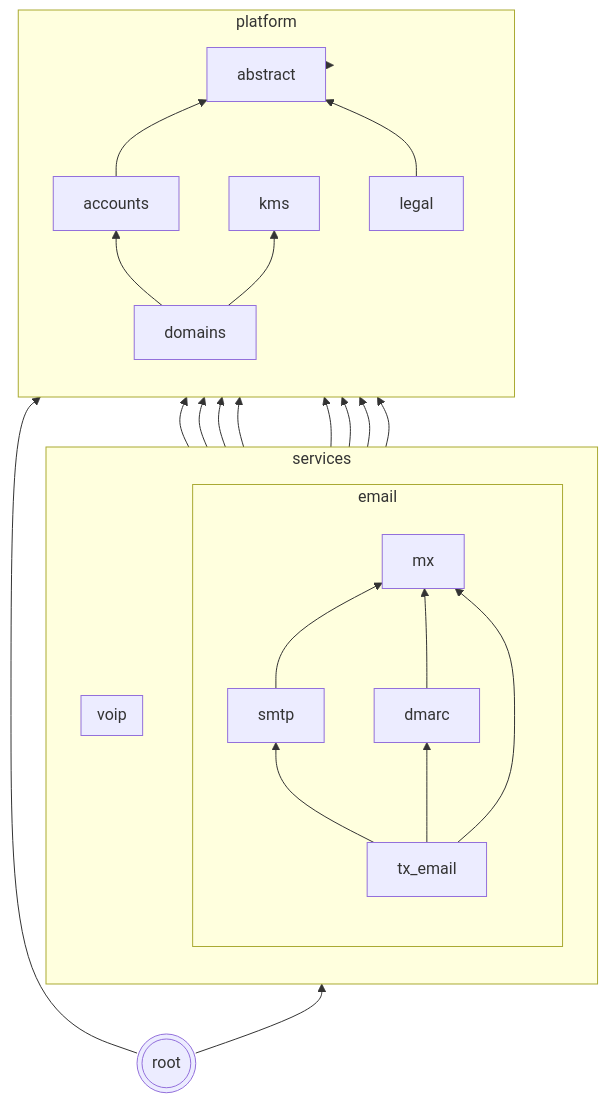
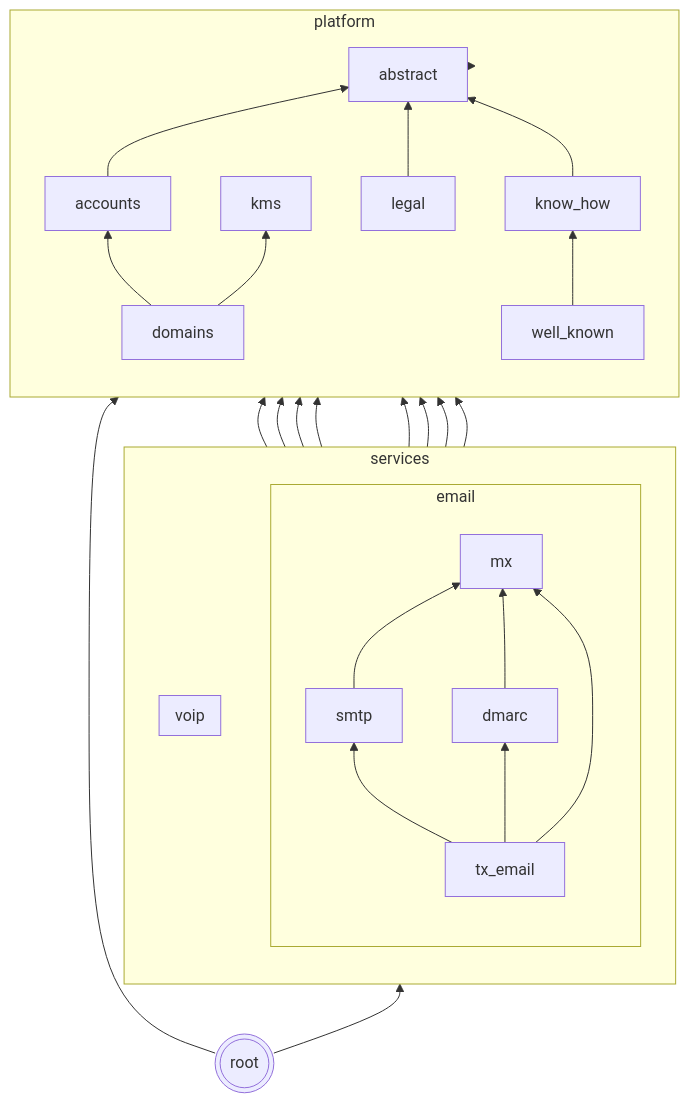
Before and after one commit to codingjoe/relay: the diagram in README.md, drawn with Mermaid. The commit also changed 40 other files, not shown here.

Commit message:
Add know-how (#44)

````diff
--- a/README.md
+++ b/README.md
@@ -144,45 +144,49 @@
 ```mermaid
 graph BT
  abstract[abstract];
  kms[kms];
  subgraph platform
  direction BT
  accounts
  domains
+ know_how[know_how]
  legal
+ well_known[well_known]
  domains --> accounts
  accounts --> abstract
  domains --> kms
  legal --> abstract
+ know_how --> abstract
+ well_known --> know_how
  end
  subgraph services
  direction BT
  subgraph email
  direction BT
  tx_email[tx_email]
  smtp
  mx
  dmarc
  smtp --> accounts
  smtp --> domains
  smtp --> mx
  mx --> accounts
  mx --> domains
  mx --> kms
  dmarc --> accounts
  dmarc --> domains
  dmarc --> mx
  tx_email --> smtp
  tx_email --> mx
  tx_email --> dmarc
  end
  subgraph voip
  direction BT
  end
  end
  services --> platform;
  platform --> abstract;
  root --> services;
  root --> platform;
  root(((root)))
 ```
````
